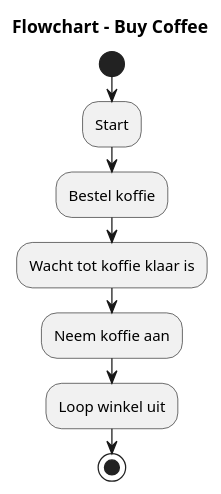
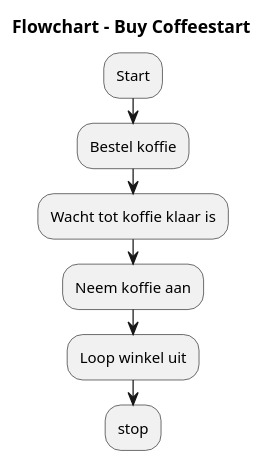
The diagram in src/koffieKopen.md (bluegorillanl/Bart-Grootte-Bromhaar-P-S-assignment), drawn with PlantUML before and after one commit. The commit also changed 1 other file, not shown here.

Commit message:
hiaten weg gehaald

````diff
--- a/src/koffieKopen.md
+++ b/src/koffieKopen.md
@@ -8,15 +8,11 @@
 ```plantuml
 @startuml
-
-title Flowchart – Buy Coffee
-
-start
+title Flowchart – Buy Coffeestart
 :Start;
 :Bestel koffie;
 :Wacht tot koffie klaar is;
 :Neem koffie aan;
 :Loop winkel uit;
-stop
-
+:stop;
 @enduml
 ```
````
